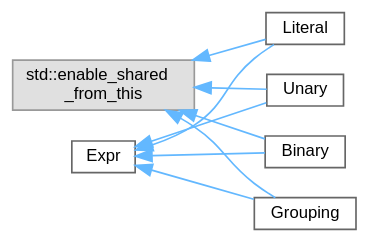
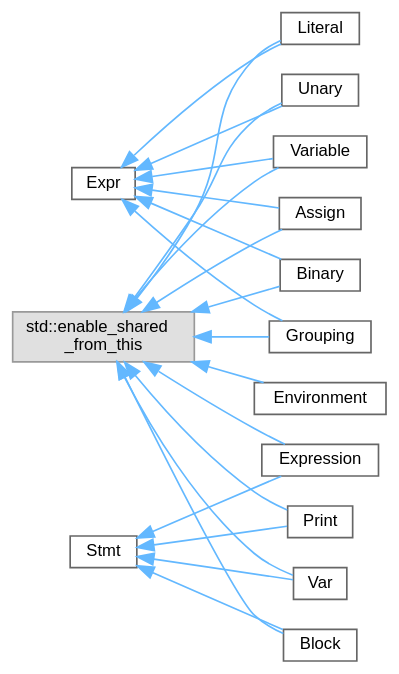
Before and after one commit to helcsnewsxd/gsc-interpreter: the diagram in inherit_graph_3.dot, drawn with Graphviz. The commit also changed 234 other files, not shown here.

```diff
--- a/inherit_graph_3.dot
+++ b/inherit_graph_3.dot
@@ -1,22 +1,43 @@
 digraph "Graphical Class Hierarchy"
 {
  // LATEX_PDF_SIZE
   bgcolor="transparent";
   edge [fontname=Helvetica,fontsize=10,labelfontname=Helvetica,labelfontsize=10];
   node [fontname=Helvetica,fontsize=10,shape=box,height=0.2,width=0.4];
   rankdir="LR";
   Node0 [id="Node000000",label="std::enable_shared\l_from_this",height=0.2,width=0.4,color="grey60", fillcolor="#E0E0E0", style="filled",tooltip=" "];
   Node0 -> Node1 [id="edge3_Node000000_Node000001",dir="back",color="steelblue1",style="solid",tooltip=" "];
-  Node1 [id="Node000001",label="Binary",height=0.2,width=0.4,color="grey40", fillcolor="white", style="filled",URL="$classBinary.html",tooltip="Class representing a binary expression."];
+  Node1 [id="Node000001",label="Assign",height=0.2,width=0.4,color="grey40", fillcolor="white", style="filled",URL="$classAssign.html",tooltip="Class representing an assignment expression."];
   Node0 -> Node3 [id="edge4_Node000000_Node000003",dir="back",color="steelblue1",style="solid",tooltip=" "];
-  Node3 [id="Node000003",label="Grouping",height=0.2,width=0.4,color="grey40", fillcolor="white", style="filled",URL="$classGrouping.html",tooltip="Class representing a grouping expression."];
-  Node0 -> Node4 [id="edge5_Node000000_Node000004",dir="back",color="steelblue1",style="solid",tooltip=" "];
-  Node4 [id="Node000004",label="Literal",height=0.2,width=0.4,color="grey40", fillcolor="white", style="filled",URL="$classLiteral.html",tooltip="Class representing a literal expression."];
-  Node0 -> Node5 [id="edge6_Node000000_Node000005",dir="back",color="steelblue1",style="solid",tooltip=" "];
-  Node5 [id="Node000005",label="Unary",height=0.2,width=0.4,color="grey40", fillcolor="white", style="filled",URL="$classUnary.html",tooltip="Class representing a unary expression."];
+  Node3 [id="Node000003",label="Binary",height=0.2,width=0.4,color="grey40", fillcolor="white", style="filled",URL="$classBinary.html",tooltip="Class representing a binary expression."];
+  Node0 -> Node8 [id="edge5_Node000000_Node000008",dir="back",color="steelblue1",style="solid",tooltip=" "];
+  Node8 [id="Node000008",label="Block",height=0.2,width=0.4,color="grey40", fillcolor="white", style="filled",URL="$classBlock.html",tooltip="Represents a block of statements."];
+  Node0 -> Node13 [id="edge6_Node000000_Node000013",dir="back",color="steelblue1",style="solid",tooltip=" "];
+  Node13 [id="Node000013",label="Environment",height=0.2,width=0.4,color="grey40", fillcolor="white", style="filled",URL="$classEnvironment.html",tooltip="Represents an environment for variable storage in the GSC interpreter."];
+  Node0 -> Node10 [id="edge7_Node000000_Node000010",dir="back",color="steelblue1",style="solid",tooltip=" "];
+  Node10 [id="Node000010",label="Expression",height=0.2,width=0.4,color="grey40", fillcolor="white", style="filled",URL="$classExpression.html",tooltip="Represents an expression statement."];
+  Node0 -> Node4 [id="edge8_Node000000_Node000004",dir="back",color="steelblue1",style="solid",tooltip=" "];
+  Node4 [id="Node000004",label="Grouping",height=0.2,width=0.4,color="grey40", fillcolor="white", style="filled",URL="$classGrouping.html",tooltip="Class representing a grouping expression."];
+  Node0 -> Node5 [id="edge9_Node000000_Node000005",dir="back",color="steelblue1",style="solid",tooltip=" "];
+  Node5 [id="Node000005",label="Literal",height=0.2,width=0.4,color="grey40", fillcolor="white", style="filled",URL="$classLiteral.html",tooltip="Class representing a literal expression."];
+  Node0 -> Node11 [id="edge10_Node000000_Node000011",dir="back",color="steelblue1",style="solid",tooltip=" "];
+  Node11 [id="Node000011",label="Print",height=0.2,width=0.4,color="grey40", fillcolor="white", style="filled",URL="$classPrint.html",tooltip="Represents a print statement."];
+  Node0 -> Node6 [id="edge11_Node000000_Node000006",dir="back",color="steelblue1",style="solid",tooltip=" "];
+  Node6 [id="Node000006",label="Unary",height=0.2,width=0.4,color="grey40", fillcolor="white", style="filled",URL="$classUnary.html",tooltip="Class representing a unary expression."];
+  Node0 -> Node12 [id="edge12_Node000000_Node000012",dir="back",color="steelblue1",style="solid",tooltip=" "];
+  Node12 [id="Node000012",label="Var",height=0.2,width=0.4,color="grey40", fillcolor="white", style="filled",URL="$classVar.html",tooltip="Represents a variable declaration statement."];
+  Node0 -> Node7 [id="edge13_Node000000_Node000007",dir="back",color="steelblue1",style="solid",tooltip=" "];
+  Node7 [id="Node000007",label="Variable",height=0.2,width=0.4,color="grey40", fillcolor="white", style="filled",URL="$classVariable.html",tooltip="Class representing a variable expression."];
   Node2 [id="Node000002",label="Expr",height=0.2,width=0.4,color="grey40", fillcolor="white", style="filled",URL="$classExpr.html",tooltip="Abstract base class for expressions."];
-  Node2 -> Node1 [id="edge7_Node000002_Node000001",dir="back",color="steelblue1",style="solid",tooltip=" "];
-  Node2 -> Node3 [id="edge8_Node000002_Node000003",dir="back",color="steelblue1",style="solid",tooltip=" "];
-  Node2 -> Node4 [id="edge9_Node000002_Node000004",dir="back",color="steelblue1",style="solid",tooltip=" "];
-  Node2 -> Node5 [id="edge10_Node000002_Node000005",dir="back",color="steelblue1",style="solid",tooltip=" "];
+  Node2 -> Node1 [id="edge14_Node000002_Node000001",dir="back",color="steelblue1",style="solid",tooltip=" "];
+  Node2 -> Node3 [id="edge15_Node000002_Node000003",dir="back",color="steelblue1",style="solid",tooltip=" "];
+  Node2 -> Node4 [id="edge16_Node000002_Node000004",dir="back",color="steelblue1",style="solid",tooltip=" "];
+  Node2 -> Node5 [id="edge17_Node000002_Node000005",dir="back",color="steelblue1",style="solid",tooltip=" "];
+  Node2 -> Node6 [id="edge18_Node000002_Node000006",dir="back",color="steelblue1",style="solid",tooltip=" "];
+  Node2 -> Node7 [id="edge19_Node000002_Node000007",dir="back",color="steelblue1",style="solid",tooltip=" "];
+  Node9 [id="Node000009",label="Stmt",height=0.2,width=0.4,color="grey40", fillcolor="white", style="filled",URL="$classStmt.html",tooltip="Abstract base class for statements."];
+  Node9 -> Node8 [id="edge20_Node000009_Node000008",dir="back",color="steelblue1",style="solid",tooltip=" "];
+  Node9 -> Node10 [id="edge21_Node000009_Node000010",dir="back",color="steelblue1",style="solid",tooltip=" "];
+  Node9 -> Node11 [id="edge22_Node000009_Node000011",dir="back",color="steelblue1",style="solid",tooltip=" "];
+  Node9 -> Node12 [id="edge23_Node000009_Node000012",dir="back",color="steelblue1",style="solid",tooltip=" "];
 }
```
